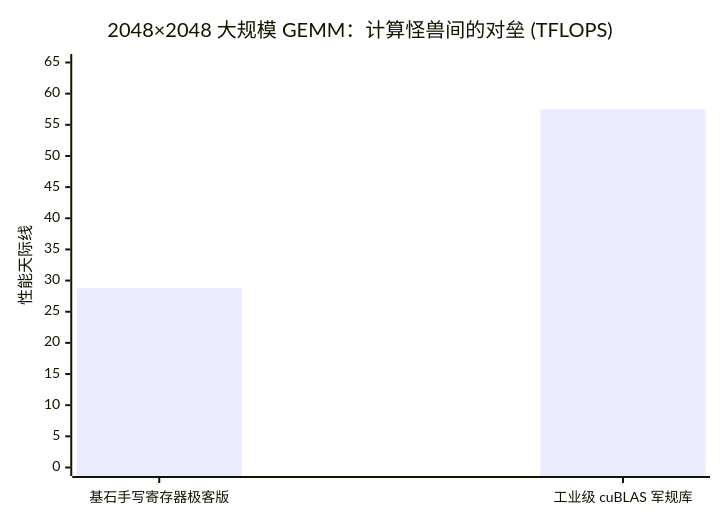
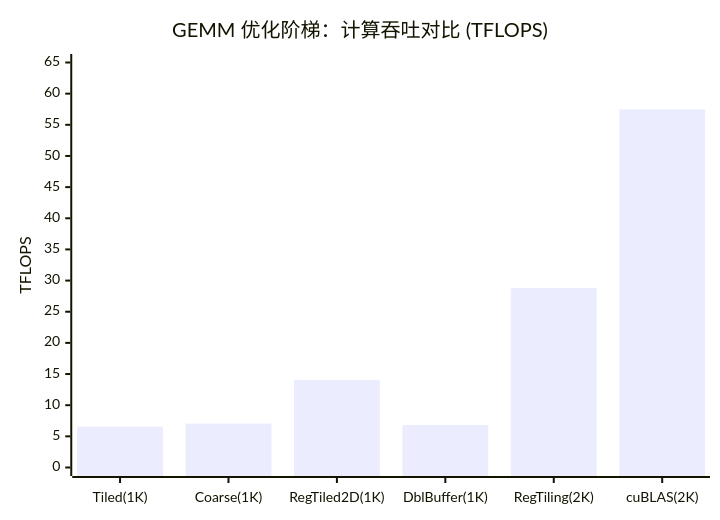
Before and after one commit to psmarter/CUDA-Practice: the diagram in Blogs/04_GEMM_Optimization_Register_Tiling.md, drawn with Mermaid. The commit also changed other lines of this file and 15 other files, not shown here.

````diff
--- a/Blogs/04_GEMM_Optimization_Register_Tiling.md
+++ b/Blogs/04_GEMM_Optimization_Register_Tiling.md
@@ -234,7 +230,7 @@
 ```mermaid
 xychart-beta
-  title "2048×2048 大规模 GEMM：计算怪兽间的对垒 (TFLOPS)"
-  x-axis ["基石手写寄存器极客版", "工业级 cuBLAS 军规库"]
-  y-axis "性能天际线" 0 --> 65
-  bar [28.79, 57.49]
+  title "GEMM 优化阶梯：计算吞吐对比 (TFLOPS)"
+  x-axis ["Tiled(1K)", "Coarse(1K)", "RegTiled2D(1K)", "DblBuffer(1K)", "RegTiling(2K)", "cuBLAS(2K)"]
+  y-axis "TFLOPS" 0 --> 65
+  bar [6.56, 7.05, 14.06, 6.82, 28.79, 57.49]
 ```
````
